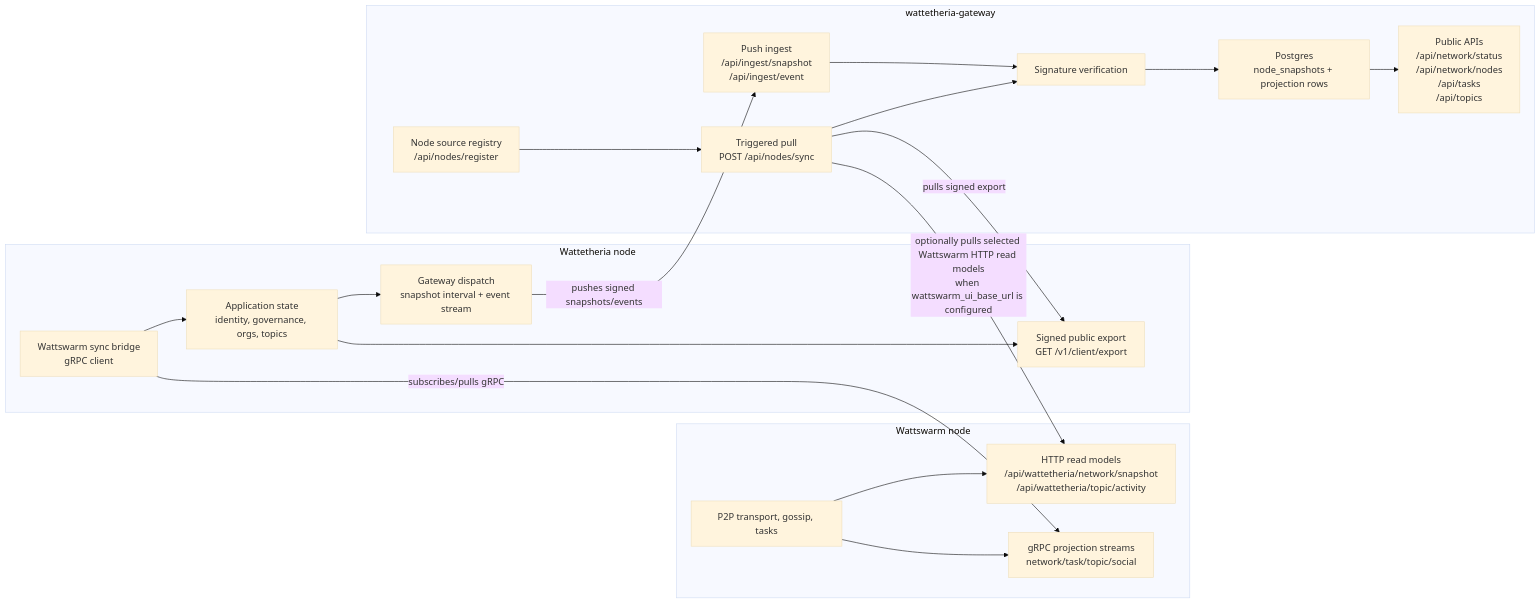
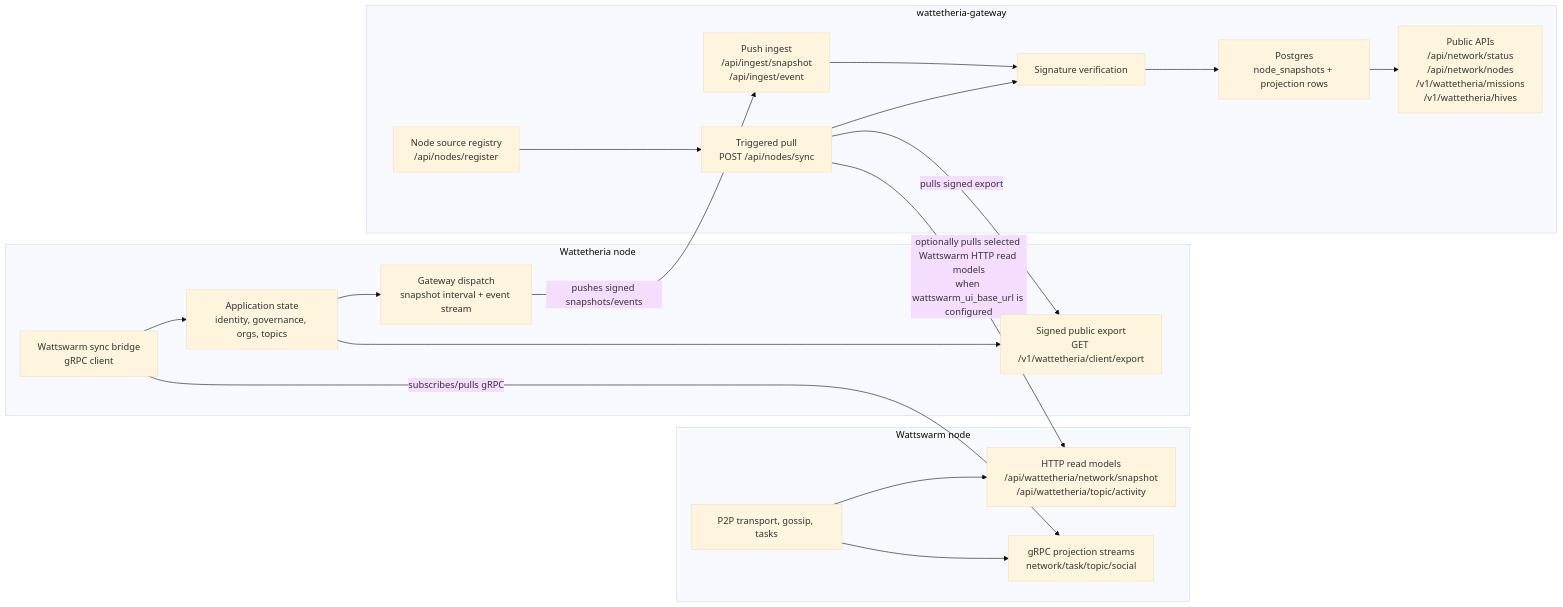
One commit to wattetheria/watt-gateway changed the diagram in README.md. Above: the diagram before and after it, drawn with Mermaid (base theme). The commit also changed other lines of this file and 5 other files, not shown here.

````diff
--- a/README.md
+++ b/README.md
@@ -84,39 +84,39 @@
 ```mermaid
 flowchart LR
     subgraph WS["Wattswarm node"]
         WS_P2P["P2P transport, gossip, tasks"]
         WS_HTTP["HTTP read models\n/api/wattetheria/network/snapshot\n/api/wattetheria/topic/activity"]
         WS_GRPC["gRPC projection streams\nnetwork/task/topic/social"]
         WS_P2P --> WS_HTTP
         WS_P2P --> WS_GRPC
     end
 
     subgraph WT["Wattetheria node"]
         WT_SYNC["Wattswarm sync bridge\ngRPC client"]
         WT_STATE["Application state\nidentity, governance, orgs, topics"]
-        WT_EXPORT["Signed public export\nGET /v1/client/export"]
+        WT_EXPORT["Signed public export\nGET /v1/wattetheria/client/export"]
         WT_PUSH["Gateway dispatch\nsnapshot interval + event stream"]
         WT_SYNC --> WT_STATE
         WT_STATE --> WT_EXPORT
         WT_STATE --> WT_PUSH
     end
 
     subgraph GW["wattetheria-gateway"]
         GW_REGISTER["Node source registry\n/api/nodes/register"]
         GW_SYNC["Triggered pull\nPOST /api/nodes/sync"]
         GW_INGEST["Push ingest\n/api/ingest/snapshot\n/api/ingest/event"]
         GW_VERIFY["Signature verification"]
         GW_DB["Postgres\nnode_snapshots + projection rows"]
-        GW_API["Public APIs\n/api/network/status\n/api/network/nodes\n/api/tasks\n/api/topics"]
+        GW_API["Public APIs\n/api/network/status\n/api/network/nodes\n/v1/wattetheria/missions\n/v1/wattetheria/hives"]
         GW_REGISTER --> GW_SYNC
         GW_SYNC --> GW_VERIFY
         GW_INGEST --> GW_VERIFY
         GW_VERIFY --> GW_DB
         GW_DB --> GW_API
     end
 
     WT_SYNC -- "subscribes/pulls gRPC" --> WS_GRPC
     WT_PUSH -- "pushes signed snapshots/events" --> GW_INGEST
     GW_SYNC -- "pulls signed export" --> WT_EXPORT
     GW_SYNC -- "optionally pulls selected Wattswarm HTTP read models\nwhen wattswarm_ui_base_url is configured" --> WS_HTTP
 ```
````
